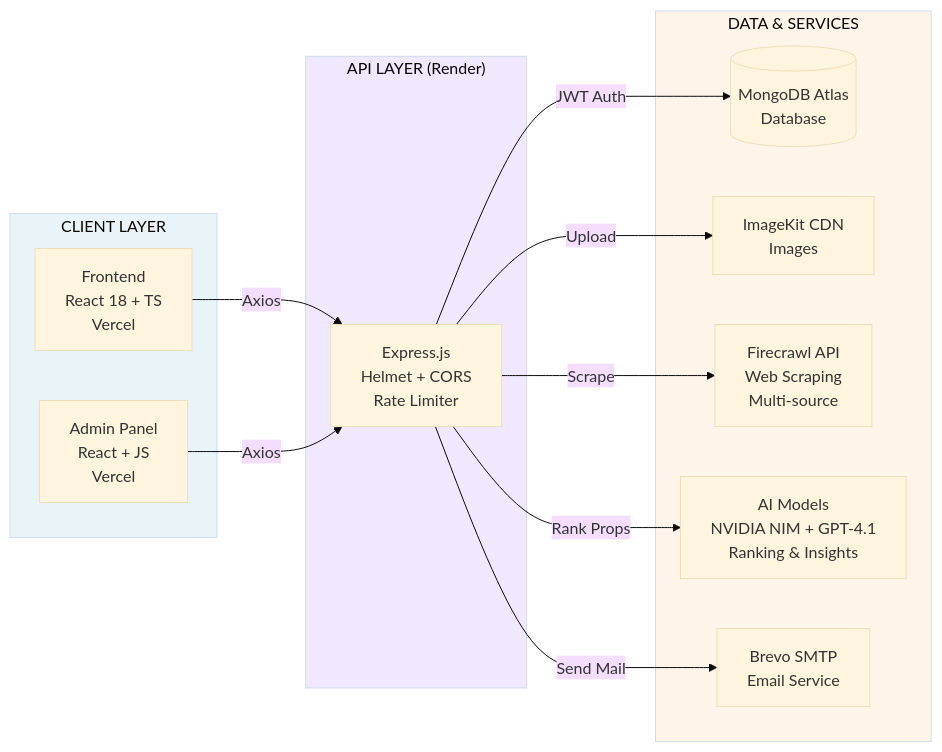
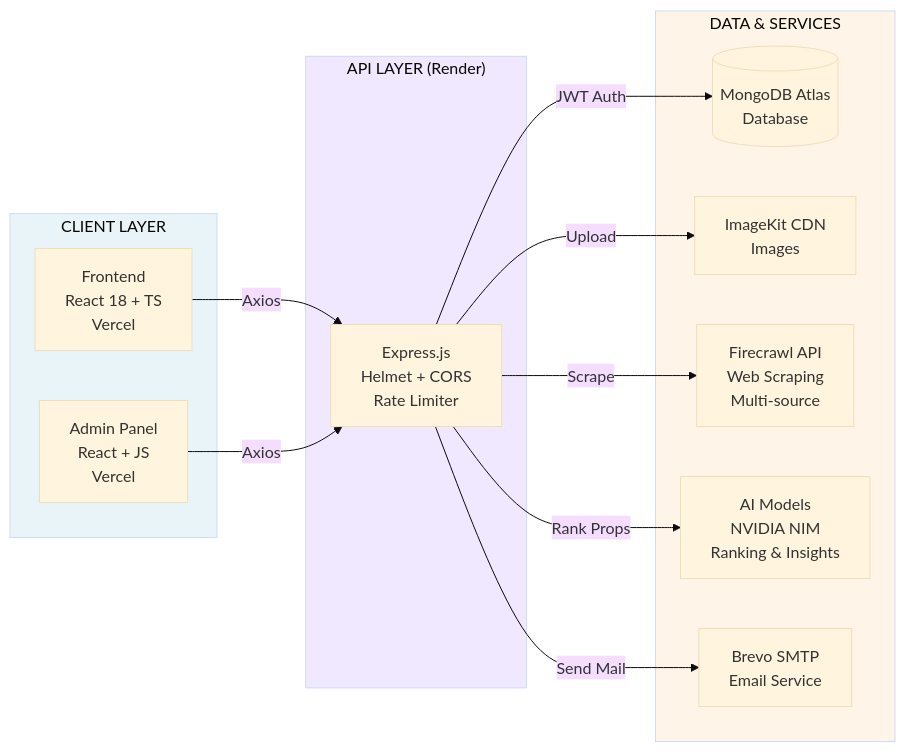
The third of 3 diagrams in README.md (AAYUSH412/Real-Estate-Website), drawn with Mermaid (base theme) before and after one commit. The commit also changed other lines of this file and 30 other files, not shown here.

````diff
--- a/README.md
+++ b/README.md
@@ -382,31 +381,31 @@
 ```mermaid
 flowchart LR
     subgraph Client["CLIENT LAYER"]
         FE["Frontend<br/>React 18 + TS<br/>Vercel"]
       AD["Admin Panel<br/>React + JS<br/>Vercel"]
     end
     
     subgraph API["API LAYER (Render)"]
         BE["Express.js<br/>Helmet + CORS<br/>Rate Limiter"]
     end
     
     subgraph Data["DATA & SERVICES"]
         DB[("MongoDB Atlas<br/>Database")]
         IK["ImageKit CDN<br/>Images"]
         FC["Firecrawl API<br/>Web Scraping<br/>Multi-source"]
-        AI["AI Models<br/>NVIDIA NIM + GPT-4.1<br/>Ranking & Insights"]
+        AI["AI Models<br/>NVIDIA NIM<br/>Ranking & Insights"]
         EMAIL["Brevo SMTP<br/>Email Service"]
     end
     
     FE -->|Axios| BE
     AD -->|Axios| BE
     BE -->|JWT Auth| DB
     BE -->|Upload| IK
     BE -->|Scrape| FC
     BE -->|Rank Props| AI
     BE -->|Send Mail| EMAIL
     
     style Client fill:#E8F4F8
     style API fill:#F0E8FF
     style Data fill:#FFF4E8
 ```
````
